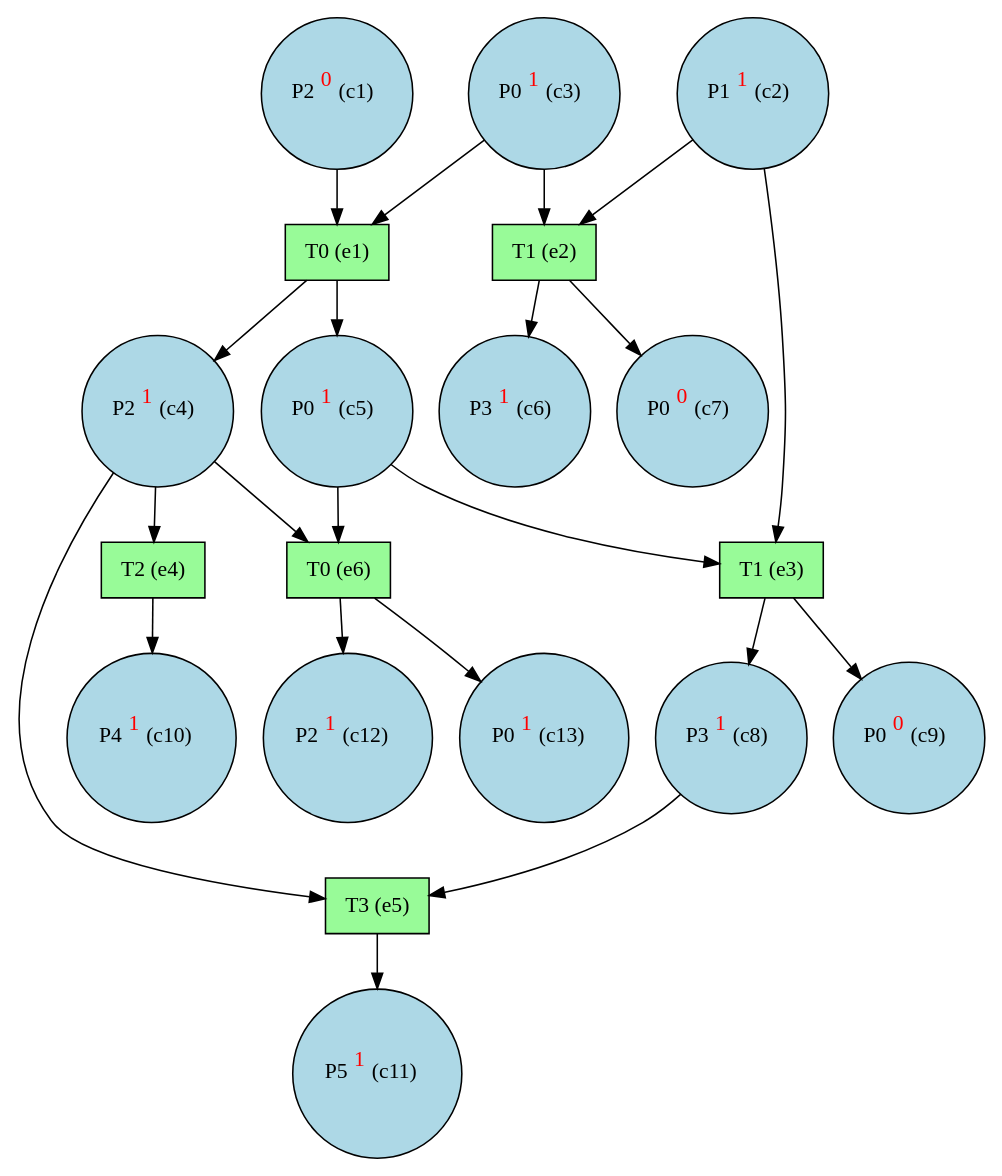
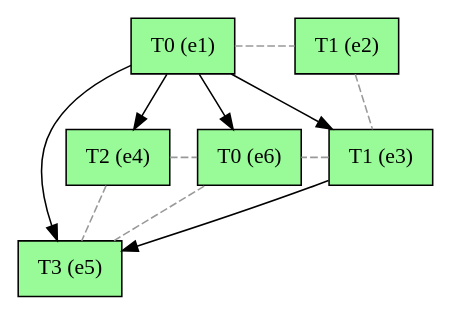
Before and after one commit to giannkas/ecofolder: the diagram in examples/small_eg.dot, drawn with Graphviz. The commit also changed 23 other files, not shown here.

```diff
--- a/examples/small_eg.dot
+++ b/examples/small_eg.dot
@@ -1,42 +1,22 @@
 digraph test {
-  c1 -> e1;
-  c2 -> e3;
-  c2 -> e2;
-  c3 -> e2;
-  c3 -> e1;
-  e1 -> c4;
-  c4 -> e5;
-  c4 -> e4;
-  c4 -> e6;
-  e1 -> c5;
-  c5 -> e3;
-  c5 -> e6;
-  e2 -> c6;
-  e2 -> c7;
-  e3 -> c8;
-  c8 -> e5;
-  e3 -> c9;
-  e4 -> c10;
-  e5 -> c11;
-  e6 -> c12;
-  e6 -> c13;
-  c1 [fillcolor=lightblue label= <P2<FONT COLOR="red"><SUP>0</SUP></FONT>&nbsp;(c1)> shape=circle style=filled];
-  c2 [fillcolor=lightblue label= <P1<FONT COLOR="red"><SUP>1</SUP></FONT>&nbsp;(c2)> shape=circle style=filled];
-  c3 [fillcolor=lightblue label= <P0<FONT COLOR="red"><SUP>1</SUP></FONT>&nbsp;(c3)> shape=circle style=filled];
-  c4 [fillcolor=lightblue label= <P2<FONT COLOR="red"><SUP>1</SUP></FONT>&nbsp;(c4)> shape=circle style=filled];
-  c5 [fillcolor=lightblue label= <P0<FONT COLOR="red"><SUP>1</SUP></FONT>&nbsp;(c5)> shape=circle style=filled];
-  c6 [fillcolor=lightblue label= <P3<FONT COLOR="red"><SUP>1</SUP></FONT>&nbsp;(c6)> shape=circle style=filled];
-  c7 [fillcolor=lightblue label= <P0<FONT COLOR="red"><SUP>0</SUP></FONT>&nbsp;(c7)> shape=circle style=filled];
-  c8 [fillcolor=lightblue label= <P3<FONT COLOR="red"><SUP>1</SUP></FONT>&nbsp;(c8)> shape=circle style=filled];
-  c9 [fillcolor=lightblue label= <P0<FONT COLOR="red"><SUP>0</SUP></FONT>&nbsp;(c9)> shape=circle style=filled];
-  c10 [fillcolor=lightblue label= <P4<FONT COLOR="red"><SUP>1</SUP></FONT>&nbsp;(c10)> shape=circle style=filled];
-  c11 [fillcolor=lightblue label= <P5<FONT COLOR="red"><SUP>1</SUP></FONT>&nbsp;(c11)> shape=circle style=filled];
-  c12 [fillcolor=lightblue label= <P2<FONT COLOR="red"><SUP>1</SUP></FONT>&nbsp;(c12)> shape=circle style=filled];
-  c13 [fillcolor=lightblue label= <P0<FONT COLOR="red"><SUP>1</SUP></FONT>&nbsp;(c13)> shape=circle style=filled];
+  e1 -> e5;
+  e1 -> e4;
+  e1 -> e6;
+  e1 -> e3;
+  e3 -> e5;
+
+//conflicts
+  e2 -> e3 [arrowhead=none color=gray60 style=dashed constraint=false];
+  e1 -> e2 [arrowhead=none color=gray60 style=dashed constraint=false];
+  e4 -> e5 [arrowhead=none color=gray60 style=dashed constraint=false];
+  e4 -> e6 [arrowhead=none color=gray60 style=dashed constraint=false];
+  e5 -> e6 [arrowhead=none color=gray60 style=dashed constraint=false];
+  e3 -> e6 [arrowhead=none color=gray60 style=dashed constraint=false];
+
   e1 [fillcolor=palegreen label="T0 (e1)" shape=box style=filled];
   e2 [fillcolor=palegreen label="T1 (e2)" shape=box style=filled];
   e3 [fillcolor=palegreen label="T1 (e3)" shape=box style=filled];
   e4 [fillcolor=palegreen label="T2 (e4)" shape=box style=filled];
   e5 [fillcolor=palegreen label="T3 (e5)" shape=box style=filled];
   e6 [fillcolor=palegreen label="T0 (e6)" shape=box style=filled];
 }
```
